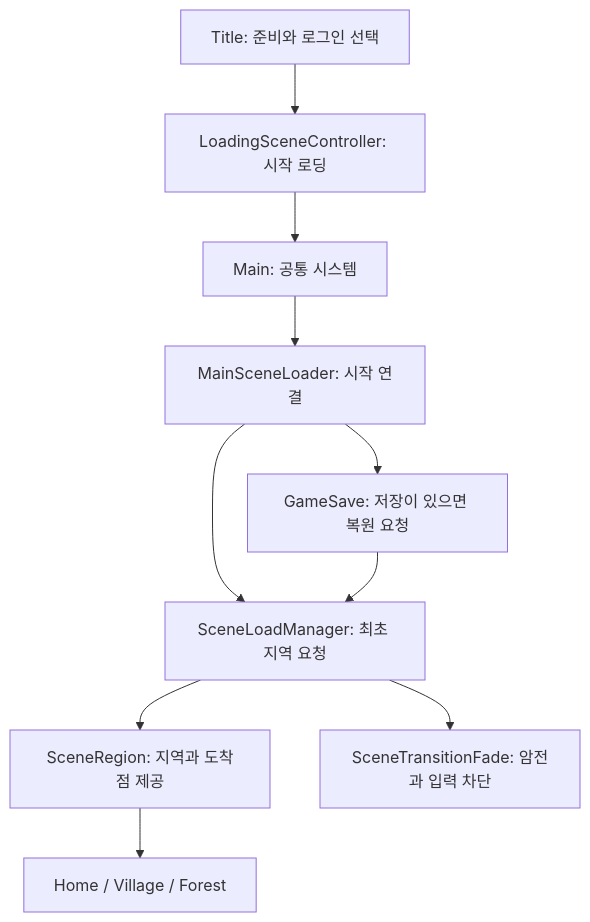
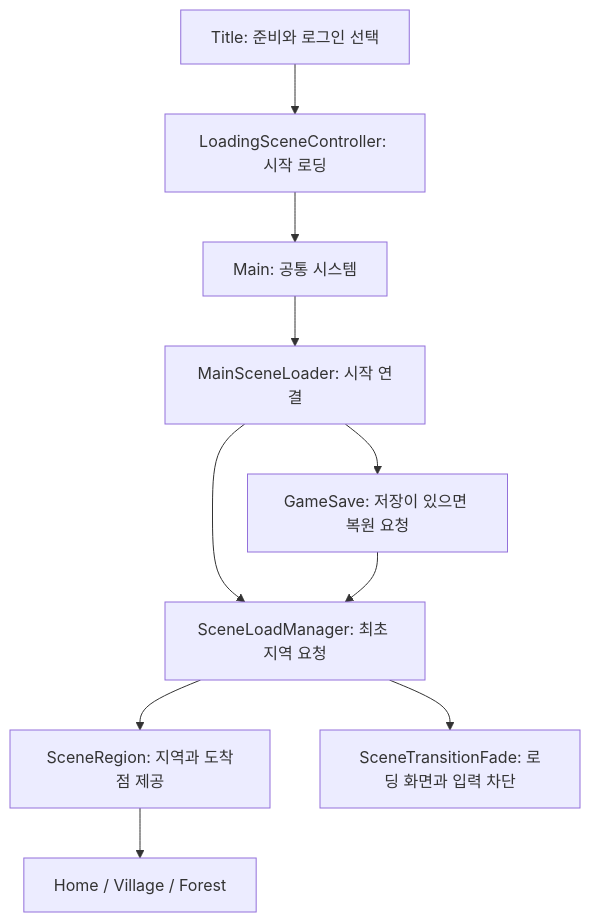
Before and after one commit to mjoon31/ham-pocha: the first of 2 diagrams in Docs/Architecture/Scene_Flow.md, drawn with Mermaid. The commit also changed other lines of this file and 11 other files, not shown here.

````diff
--- a/Docs/Architecture/Scene_Flow.md
+++ b/Docs/Architecture/Scene_Flow.md
@@ -25,12 +25,12 @@
 ```mermaid
 flowchart TD
     Title[Title: 준비와 로그인 선택] --> Loading[LoadingSceneController: 시작 로딩]
     Loading --> Main[Main: 공통 시스템]
     Main --> Boot[MainSceneLoader: 시작 연결]
     Boot --> Save[GameSave: 저장이 있으면 복원 요청]
     Boot --> Loader[SceneLoadManager: 최초 지역 요청]
     Save --> Loader
     Loader --> Region[SceneRegion: 지역과 도착점 제공]
     Region --> Home[Home / Village / Forest]
-    Loader --> Fade[SceneTransitionFade: 암전과 입력 차단]
+    Loader --> Fade[SceneTransitionFade: 로딩 화면과 입력 차단]
 ```
````
